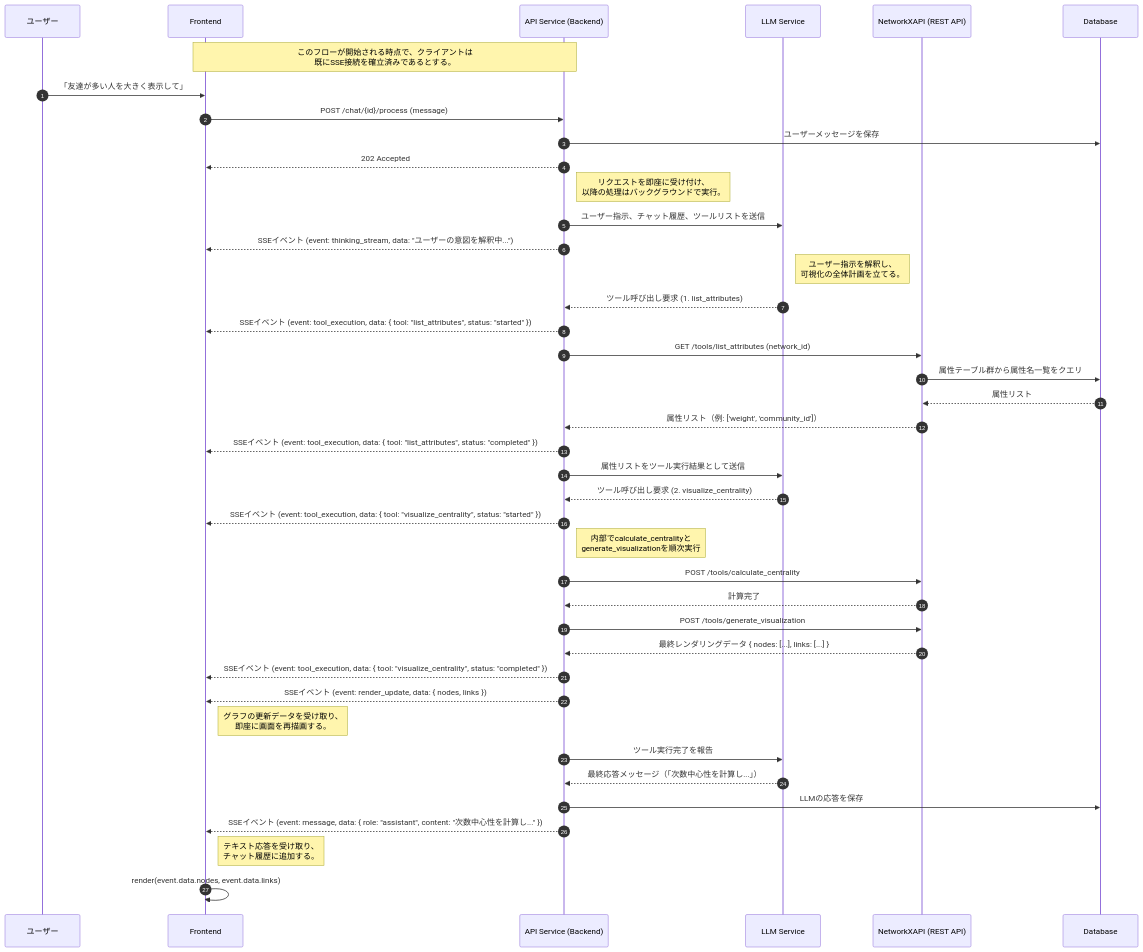
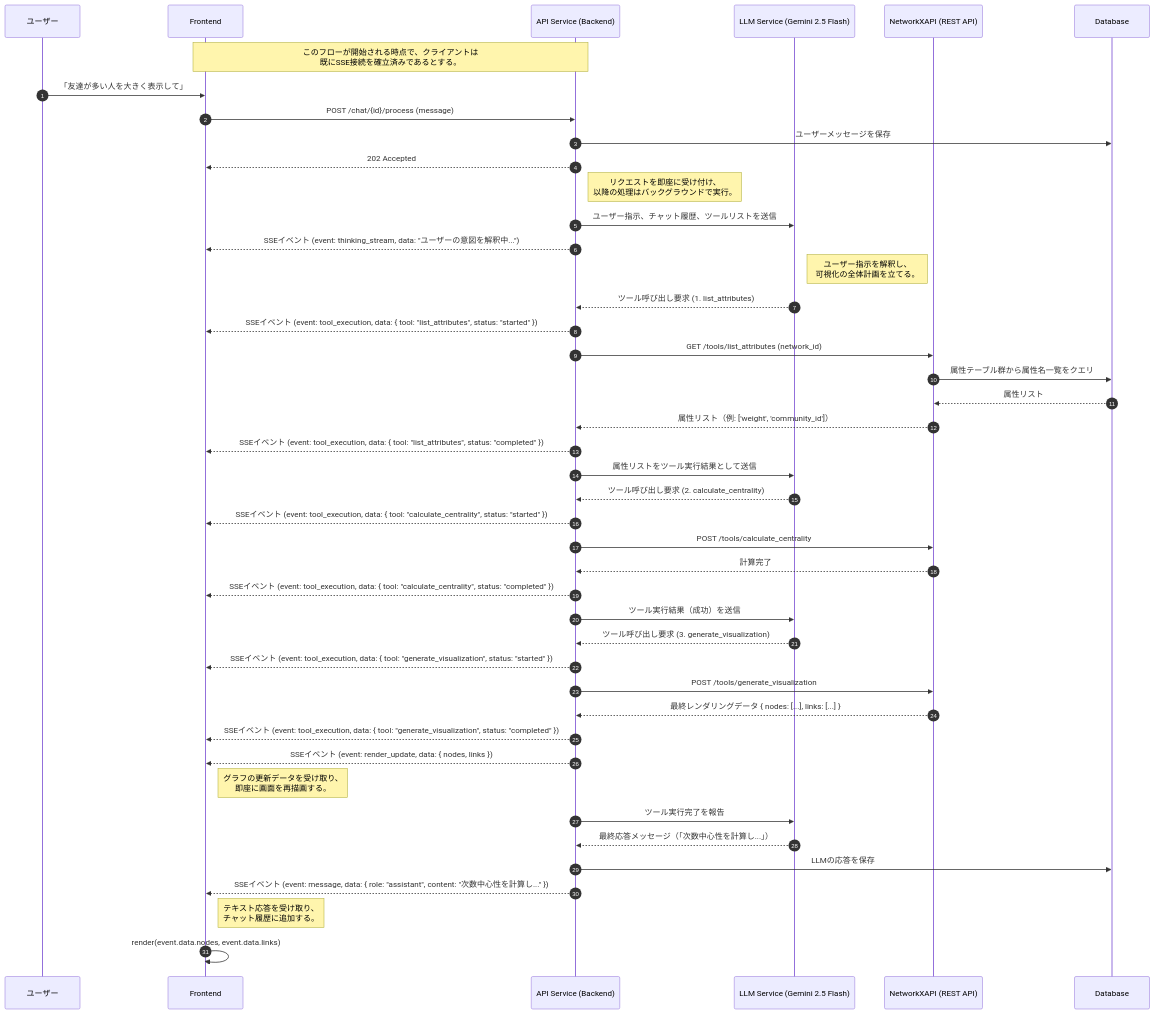
One commit to vdslab/LLMGraphvis changed the second of 3 diagrams in specification/2_Technical_Details/6_Core_Workflows.md. Above: the diagram before and after it, drawn with Mermaid. The commit also changed other lines of this file and 6 other files, not shown here.

Commit message:
feat: implement granular LLM tools for centrality calculation and visualization updates, and add a verification script for the new LLM flow.

````diff
--- a/specification/2_Technical_Details/6_Core_Workflows.md
+++ b/specification/2_Technical_Details/6_Core_Workflows.md
@@ -81,59 +81,65 @@
 ```mermaid
 sequenceDiagram
     autonumber
     %% Participants
     participant U as ユーザー
     participant F as Frontend
     participant B as API Service (Backend)
-    participant LLM as LLM Service
+    participant LLM as LLM Service (Gemini 2.5 Flash)
     participant N as NetworkXAPI (REST API)
     participant DB as Database
 
     note over F, B: このフローが開始される時点で、クライアントは<br/>既にSSE接続を確立済みであるとする。
 
     U->>F: 「友達が多い人を大きく表示して」
     F->>B: POST /chat/{id}/process (message)
     B->>DB: ユーザーメッセージを保存
     B-->>F: 202 Accepted
     note right of B: リクエストを即座に受け付け、<br/>以降の処理はバックグラウンドで実行。
 
     %% Step 1: Backend starts the process and streams thinking
     B->>LLM: ユーザー指示、チャット履歴、ツールリストを送信
     B-->>F: SSEイベント (event: thinking_stream, data: "ユーザーの意図を解釈中...")
     note right of LLM: ユーザー指示を解釈し、<br/>可視化の全体計画を立てる。
     LLM-->>B: ツール呼び出し要求 (1. list_attributes)
 
     %% Step 2: Backend executes tools and streams status
     B-->>F: SSEイベント (event: tool_execution, data: { tool: "list_attributes", status: "started" })
     B->>N: GET /tools/list_attributes (network_id)
     N->>DB: 属性テーブル群から属性名一覧をクエリ
     DB-->>N: 属性リスト
     N-->>B: 属性リスト（例: ['weight', 'community_id']）
     B-->>F: SSEイベント (event: tool_execution, data: { tool: "list_attributes", status: "completed" })
 
     %% Step 3: Backend continues planning with LLM
     B->>LLM: 属性リストをツール実行結果として送信
-    LLM-->>B: ツール呼び出し要求 (2. visualize_centrality)
+    LLM-->>B: ツール呼び出し要求 (2. calculate_centrality)
 
-    %% Step 4: Backend executes the combined visualization tool
-    B-->>F: SSEイベント (event: tool_execution, data: { tool: "visualize_centrality", status: "started" })
-    note right of B: 内部でcalculate_centralityと<br/>generate_visualizationを順次実行
+    %% Step 4: Backend executes calculate_centrality
+    B-->>F: SSEイベント (event: tool_execution, data: { tool: "calculate_centrality", status: "started" })
     B->>N: POST /tools/calculate_centrality
     N-->>B: 計算完了
+    B-->>F: SSEイベント (event: tool_execution, data: { tool: "calculate_centrality", status: "completed" })
+    
+    B->>LLM: ツール実行結果（成功）を送信
+    LLM-->>B: ツール呼び出し要求 (3. generate_visualization)
+
+    %% Step 5: Backend executes generate_visualization
+    B-->>F: SSEイベント (event: tool_execution, data: { tool: "generate_visualization", status: "started" })
     B->>N: POST /tools/generate_visualization
     N-->>B: 最終レンダリングデータ { nodes: [...], links: [...] }
-    B-->>F: SSEイベント (event: tool_execution, data: { tool: "visualize_centrality", status: "completed" })
+    B-->>F: SSEイベント (event: tool_execution, data: { tool: "generate_visualization", status: "completed" })
 
-    %% Step 5: Backend sends final data and text response via SSE
+    %% Step 6: Backend sends final data and text response via SSE
     B-->>F: SSEイベント (event: render_update, data: { nodes, links })
     note right of F: グラフの更新データを受け取り、<br/>即座に画面を再描画する。
 
     B->>LLM: ツール実行完了を報告
     LLM-->>B: 最終応答メッセージ（「次数中心性を計算し...」）
     B->>DB: LLMの応答を保存
     B-->>F: SSEイベント (event: message, data: { role: "assistant", content: "次数中心性を計算し..." })
     note right of F: テキスト応答を受け取り、<br/>チャット履歴に追加する。
 
-    %% Step 6: Frontend renders the updated network
+    %% Step 7: Frontend renders the updated network
     F->>F: render(event.data.nodes, event.data.links)
 ```
````
